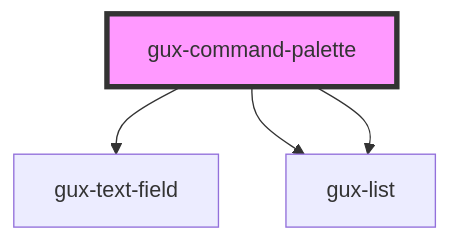
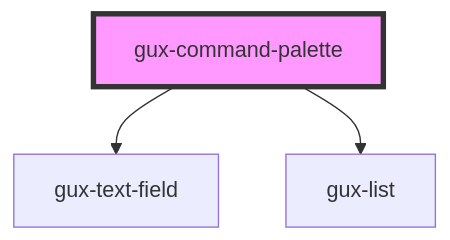
Before and after one commit to MyPureCloud/genesys-spark: the diagram in src/components/global/gux-command-palette/readme.md, drawn with Mermaid. The commit also changed other lines of this file and 2 other files, not shown here.

Commit message:
chore(command-palette): add i18n support

````diff
--- a/src/components/global/gux-command-palette/readme.md
+++ b/src/components/global/gux-command-palette/readme.md
@@ -49,7 +48,6 @@
 ```mermaid
 graph TD;
   gux-command-palette --> gux-text-field
   gux-command-palette --> gux-list
-  gux-command-palette --> gux-list
   style gux-command-palette fill:#f9f,stroke:#333,stroke-width:4px
 ```
````
